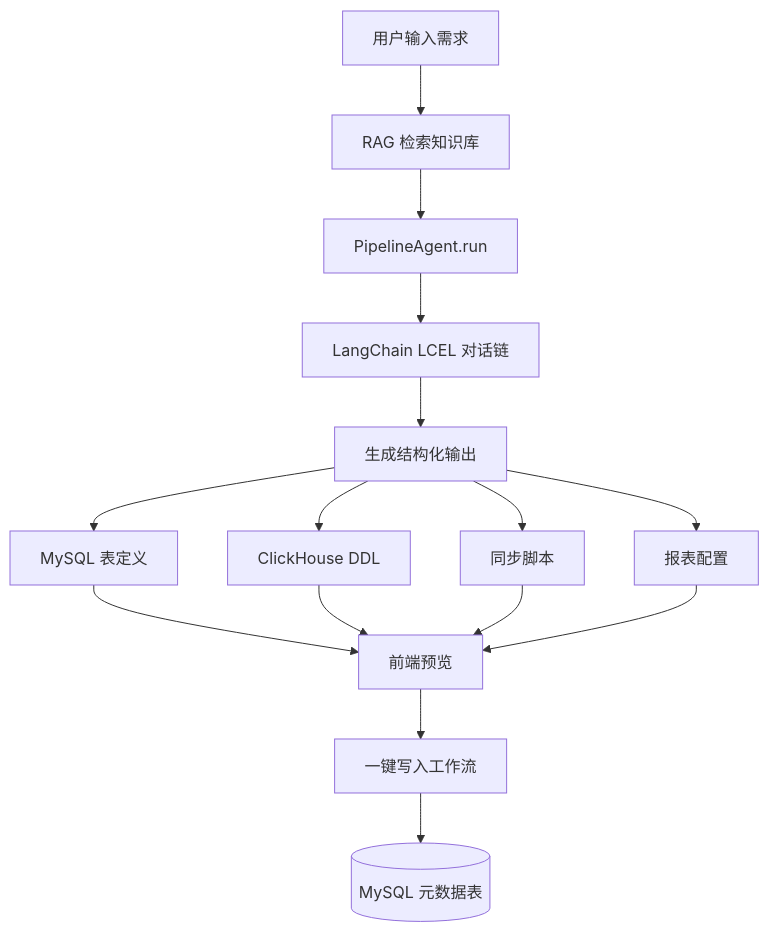
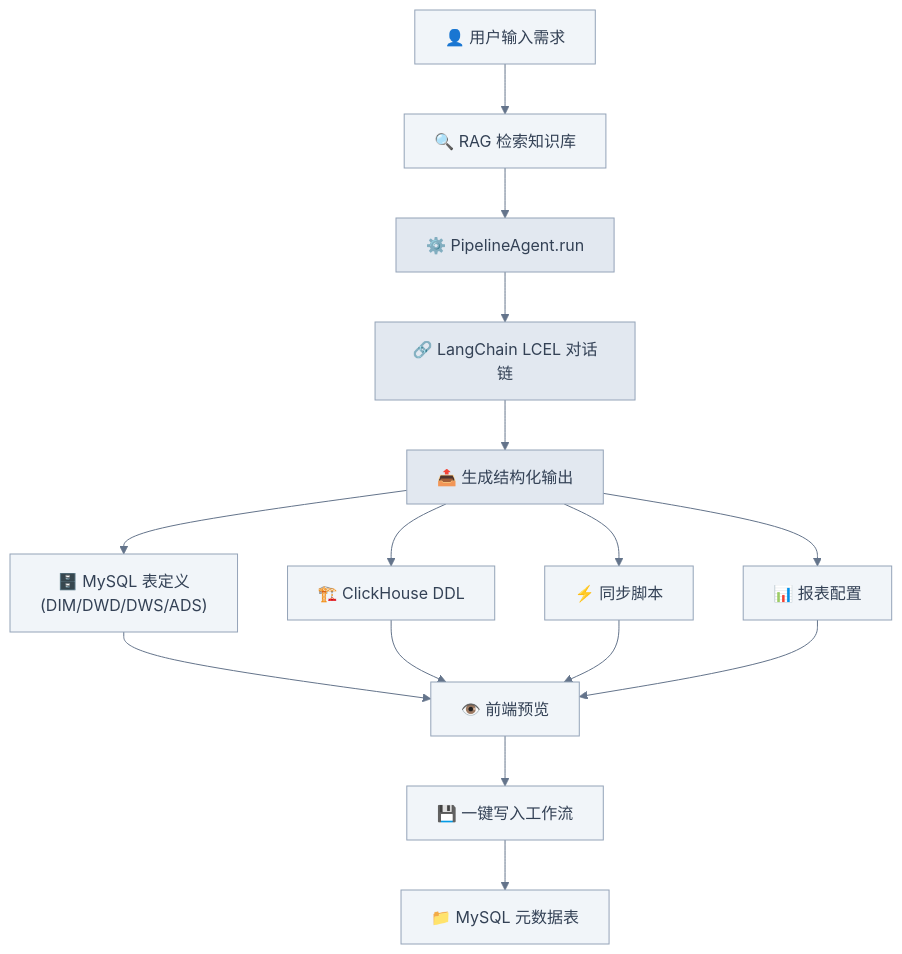
The second of 3 diagrams in README.md (quietsj/auto_report_platform), drawn with Mermaid before and after one commit. The commit also changed other lines of this file and 1 other file, not shown here.

````diff
--- a/README.md
+++ b/README.md
@@ -153,20 +175,35 @@
 ```mermaid
+%%{init: {'theme': 'base', 'themeVariables': {'primaryColor': '#f1f5f9', 'primaryTextColor': '#334155', 'primaryBorderColor': '#94a3b8', 'lineColor': '#64748b'}}}%%
 flowchart TD
-    A[用户输入需求] --> B[RAG 检索知识库]
-    B --> C[PipelineAgent.run]
-    C --> D[LangChain LCEL 对话链]
-    D --> E[生成结构化输出]
+    A["👤 用户输入需求"] --> B["🔍 RAG 检索知识库"]
+    B --> C["⚙️ PipelineAgent.run"]
+    C --> D["🔗 LangChain LCEL 对话链"]
+    D --> E["📤 生成结构化输出"]
     
-    E --> F1[MySQL 表定义]
-    E --> F2[ClickHouse DDL]
-    E --> F3[同步脚本]
-    E --> F4[报表配置]
+    E --> F1["🗄️ MySQL 表定义<br/>(DIM/DWD/DWS/ADS)"]
+    E --> F2["🏗️ ClickHouse DDL"]
+    E --> F3["⚡ 同步脚本"]
+    E --> F4["📊 报表配置"]
     
-    F1 --> G[前端预览]
+    F1 --> G["👁️ 前端预览"]
     F2 --> G
     F3 --> G
     F4 --> G
     
-    G --> H[一键写入工作流]
-    H --> I[(MySQL 元数据表)]
+    G --> H["💾 一键写入工作流"]
+    H --> I["📁 MySQL 元数据表"]
+    
+    style A fill:#f1f5f9,stroke:#94a3b8,color:#334155
+    style B fill:#f1f5f9,stroke:#94a3b8,color:#334155
+    style C fill:#e2e8f0,stroke:#94a3b8,color:#334155
+    style D fill:#e2e8f0,stroke:#94a3b8,color:#334155
+    style E fill:#e2e8f0,stroke:#94a3b8,color:#334155
+    style G fill:#f1f5f9,stroke:#94a3b8,color:#334155
+    style H fill:#f1f5f9,stroke:#94a3b8,color:#334155
+    style I fill:#f1f5f9,stroke:#94a3b8,color:#334155
+    
+    style F1 fill:#f1f5f9,stroke:#94a3b8,color:#334155
+    style F2 fill:#f1f5f9,stroke:#94a3b8,color:#334155
+    style F3 fill:#f1f5f9,stroke:#94a3b8,color:#334155
+    style F4 fill:#f1f5f9,stroke:#94a3b8,color:#334155
 ```
````
